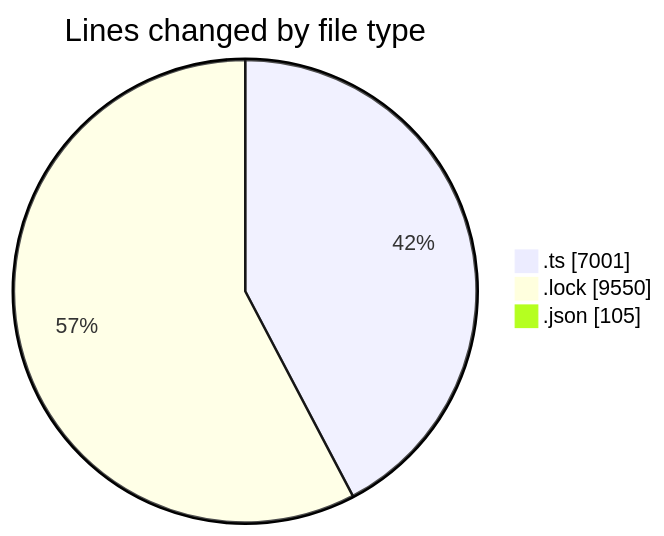
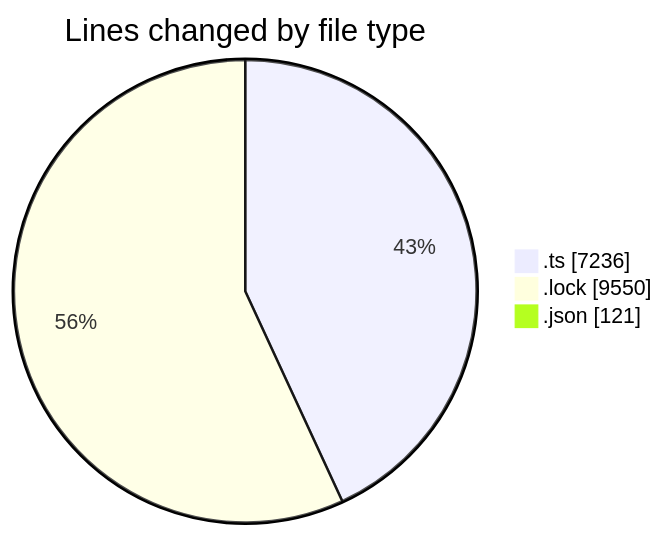
The first of 2 diagrams in 2025-10-30/cda/README.md (momahboobian/code-tracking), drawn with Mermaid before and after one commit. The commit also changed other lines of this file and 1 other file, not shown here.

````diff
--- a/2025-10-30/cda/README.md
+++ b/2025-10-30/cda/README.md
@@ -27,7 +28,7 @@
 ```mermaid
 pie showData
 title Lines changed by file type
-".ts" : 7001
+".ts" : 7236
 ".lock" : 9550
-".json" : 105
+".json" : 121
 ```
````
